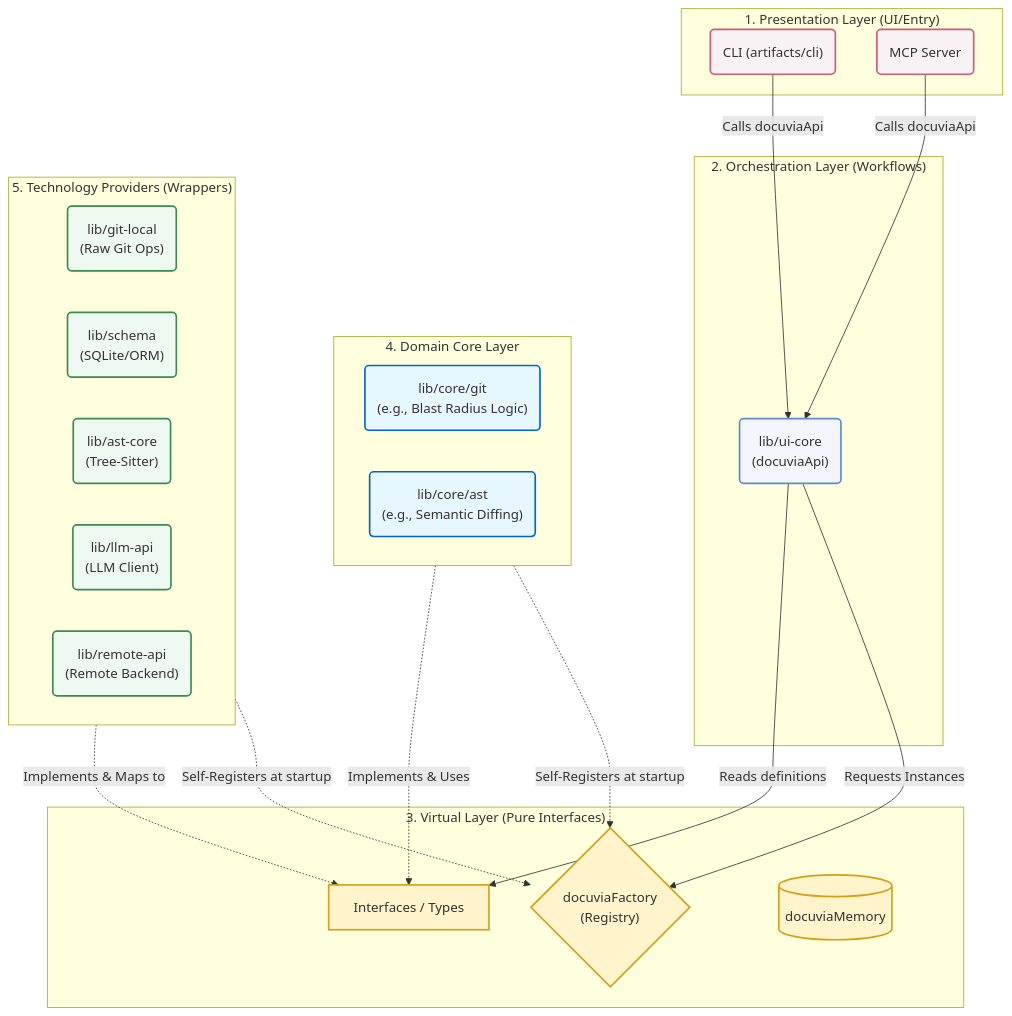
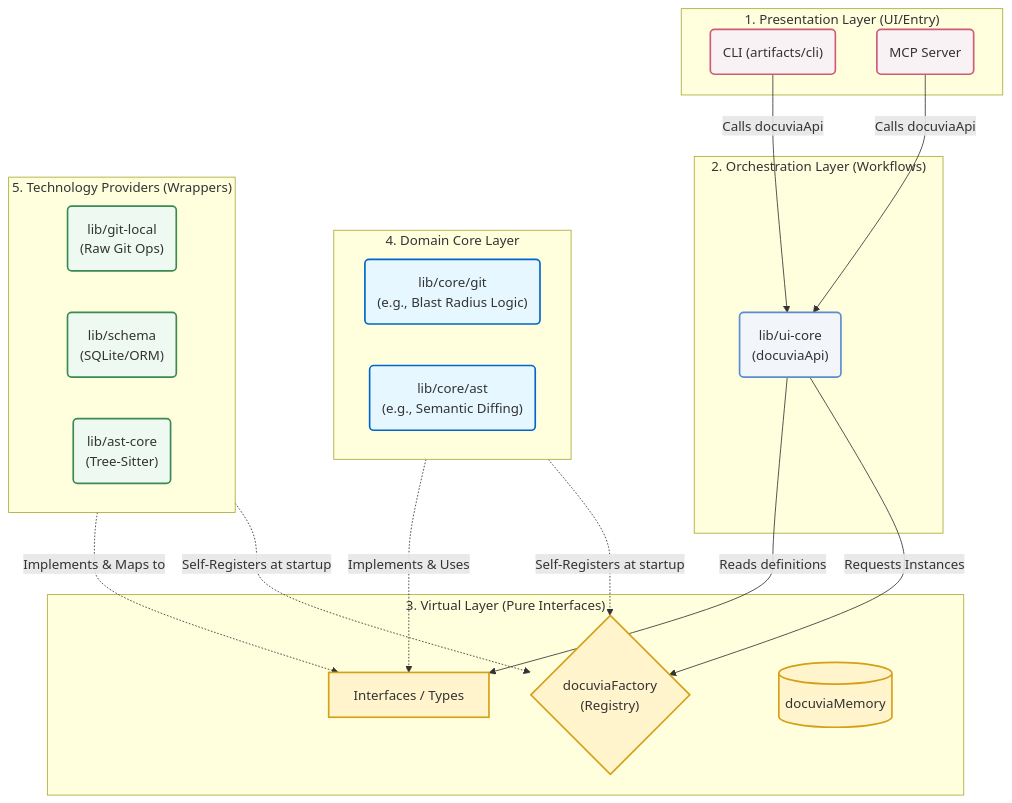
One commit to dyphn1/Docuvia changed the diagram in docs/gitbook/architecture/virtual-contracts-architecture.md. Above: the diagram before and after it, drawn with Mermaid. The commit also changed other lines of this file and 5 other files, not shown here.

````diff
--- a/docs/gitbook/architecture/virtual-contracts-architecture.md
+++ b/docs/gitbook/architecture/virtual-contracts-architecture.md
@@ -14,57 +14,55 @@
 ```mermaid
 flowchart TD
     %% Define Layers
     subgraph Presentation ["1. Presentation Layer (UI/Entry)"]
         CLI("CLI (artifacts/cli)")
         MCP("MCP Server")
     end
 
     subgraph Orchestration ["2. Orchestration Layer (Workflows)"]
         UICORE("lib/ui-core<br/>(docuviaApi)")
     end
 
     subgraph Contracts ["3. Virtual Layer (Pure Interfaces)"]
         FACTORY{"docuviaFactory<br/>(Registry)"}
         INTERFACES["Interfaces / Types"]
         MEMORY[("docuviaMemory")]
     end
 
     subgraph Domain ["4. Domain Core Layer"]
         CORE_GIT("lib/core/git<br/>(e.g., Blast Radius Logic)")
         CORE_AST("lib/core/ast<br/>(e.g., Semantic Diffing)")
     end
 
     subgraph Tech ["5. Technology Providers (Wrappers)"]
         GIT_LOCAL("lib/git-local<br/>(Raw Git Ops)")
         SCHEMA("lib/schema<br/>(SQLite/ORM)")
         ASTCORE("lib/ast-core<br/>(Tree-Sitter)")
-        LLM_API("lib/llm-api<br/>(LLM Client)")
-        REMOTE_API("lib/remote-api<br/>(Remote Backend)")
     end
 
     %% Wiring
     CLI -->|Calls docuviaApi| UICORE
     MCP -->|Calls docuviaApi| UICORE
 
     UICORE -->|Reads definitions| INTERFACES
     UICORE -->|Requests Instances| FACTORY
 
     Domain -.->|Implements & Uses| INTERFACES
     Tech -.->|Implements & Maps to| INTERFACES
 
     Domain -.->|Self-Registers at startup| FACTORY
     Tech -.->|Self-Registers at startup| FACTORY
 
     %% Styling
     classDef presentation fill:#f9f2f4,stroke:#d05b76,stroke-width:2px;
     classDef orch fill:#f2f5f9,stroke:#5b8cd0,stroke-width:2px;
     classDef contract fill:#fff4cc,stroke:#d4a017,stroke-width:2px;
     classDef domain fill:#e6f7ff,stroke:#0066cc,stroke-width:2px;
     classDef tech fill:#eef9f2,stroke:#3b8a54,stroke-width:2px;
 
     class CLI,MCP presentation;
     class UICORE orch;
     class FACTORY,INTERFACES,MEMORY contract;
     class CORE_GIT,CORE_AST domain;
-    class GIT_LOCAL,SCHEMA,ASTCORE,LLM_API,REMOTE_API tech;
+    class GIT_LOCAL,SCHEMA,ASTCORE tech;
 ```
````
